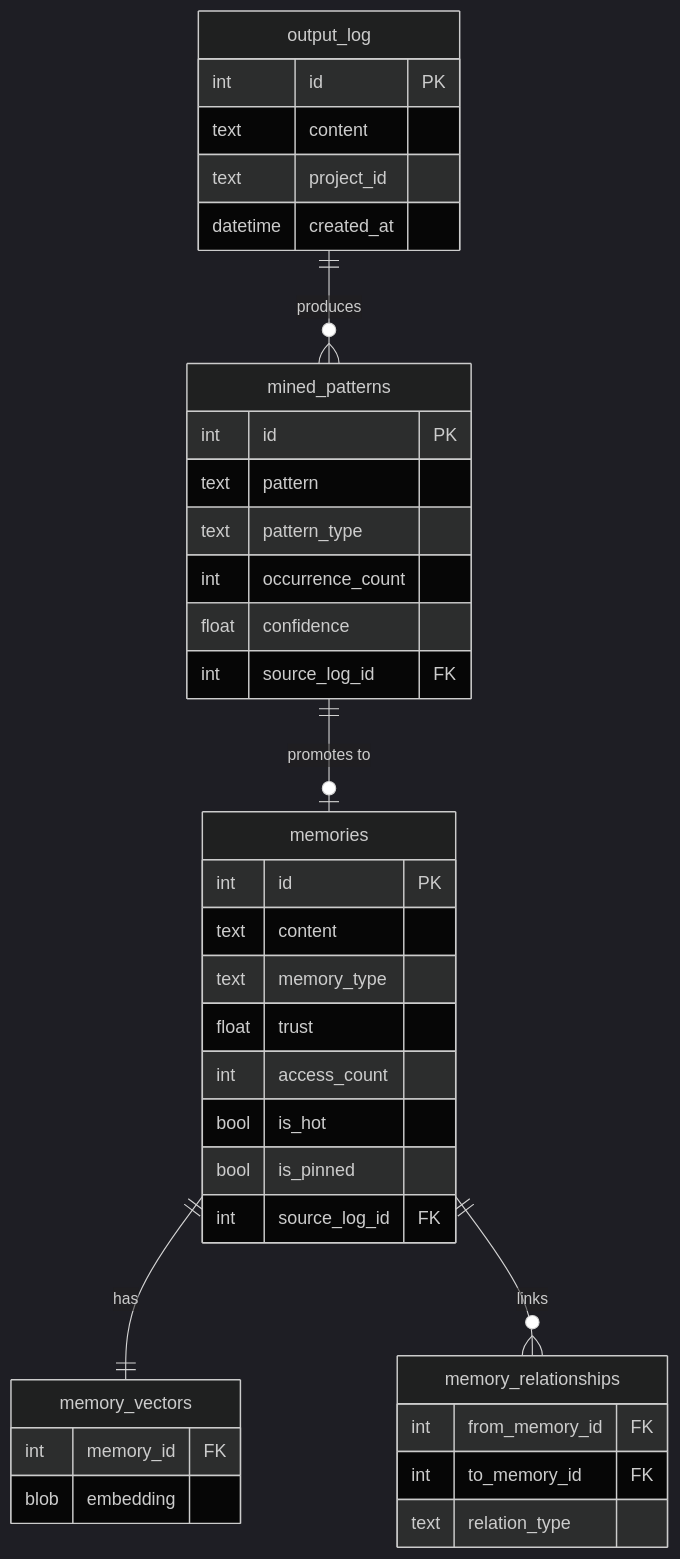
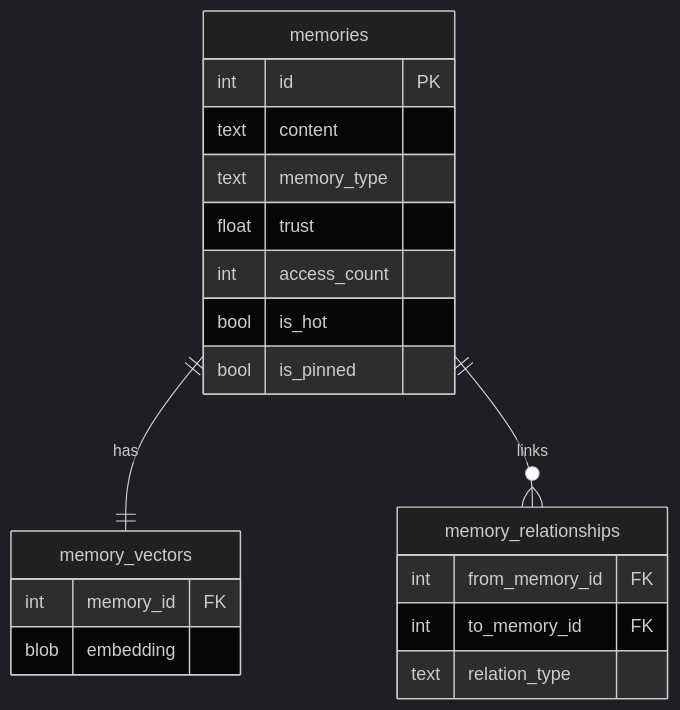
One commit to michael-denyer/memory-mcp changed the fourth of 4 diagrams in docs/CODEMAP.md. Above: the diagram before and after it, drawn with Mermaid (dark theme). The commit also changed other lines of this file and 56 other files, not shown here.

````diff
--- a/docs/CODEMAP.md
+++ b/docs/CODEMAP.md
@@ -274,45 +175,26 @@
 ```mermaid
 erDiagram
     memories {
         int id PK
         text content
         text memory_type
         float trust
         int access_count
         bool is_hot
         bool is_pinned
-        int source_log_id FK
     }
 
     memory_vectors {
         int memory_id FK
         blob embedding
     }
 
     memory_relationships {
         int from_memory_id FK
         int to_memory_id FK
         text relation_type
     }
 
-    output_log {
-        int id PK
-        text content
-        text project_id
-        datetime created_at
-    }
-
-    mined_patterns {
-        int id PK
-        text pattern
-        text pattern_type
-        int occurrence_count
-        float confidence
-        int source_log_id FK
-    }
-
     memories ||--|| memory_vectors : "has"
     memories ||--o{ memory_relationships : "links"
-    output_log ||--o{ mined_patterns : "produces"
-    mined_patterns ||--o| memories : "promotes to"
 ```
````
